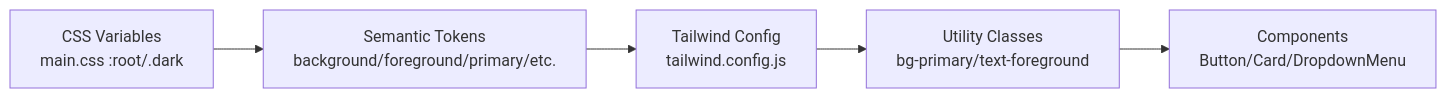
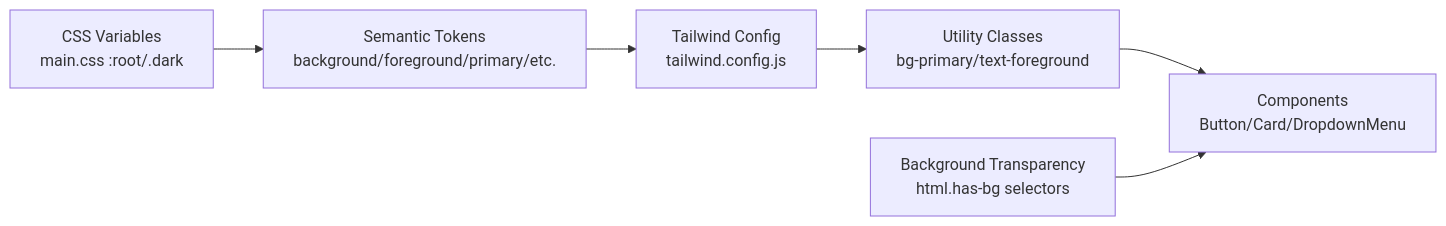
The sixth of 8 diagrams in .qoder/repowiki/en/content/Frontend Architecture/Theming and Customization.md (Nikita5543/New-SSO-02), drawn with Mermaid before and after one commit. The commit also changed other lines of this file and 3 other files, not shown here.

````diff
--- a/.qoder/repowiki/en/content/Frontend Architecture/Theming and Customization.md
+++ b/.qoder/repowiki/en/content/Frontend Architecture/Theming and Customization.md
@@ -289,7 +316,8 @@
 ```mermaid
 graph LR
 CSSVars["CSS Variables<br/>main.css :root/.dark"] --> Tokens["Semantic Tokens<br/>background/foreground/primary/etc."]
 Tokens --> TWConfig["Tailwind Config<br/>tailwind.config.js"]
 TWConfig --> Classes["Utility Classes<br/>bg-primary/text-foreground"]
 Classes --> Components["Components<br/>Button/Card/DropdownMenu"]
+BackgroundEffect["Background Transparency<br/>html.has-bg selectors"] --> Components
 ```
````
